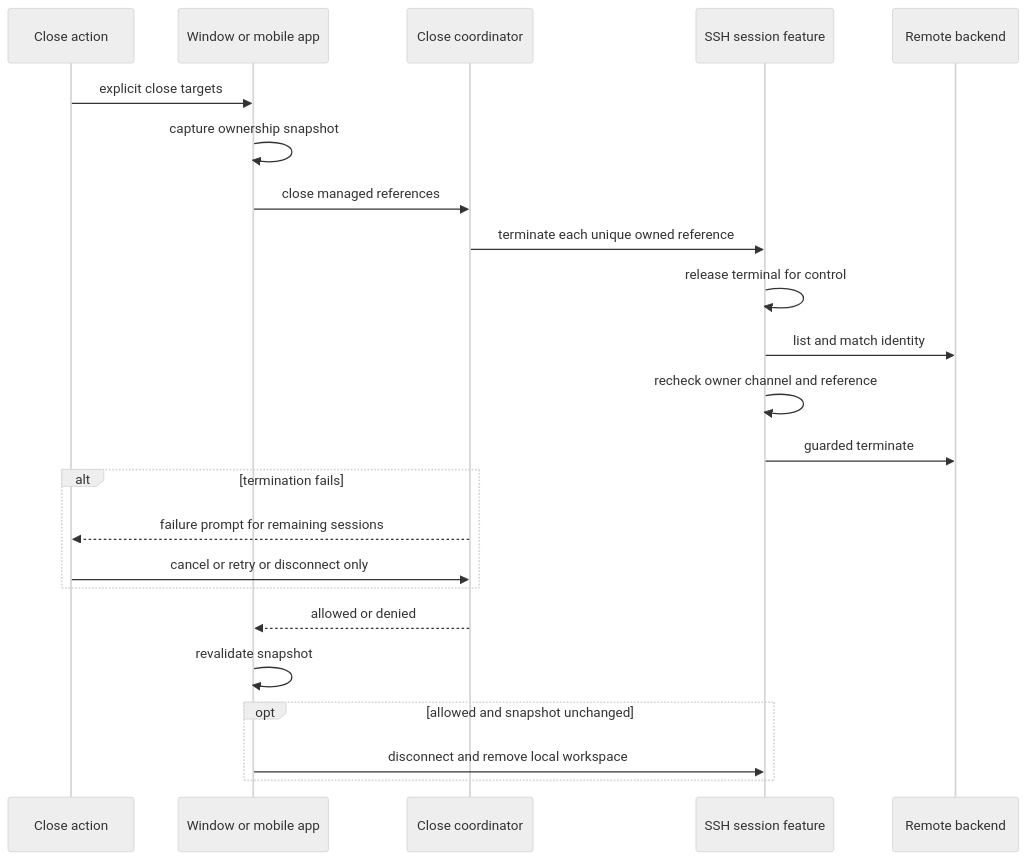
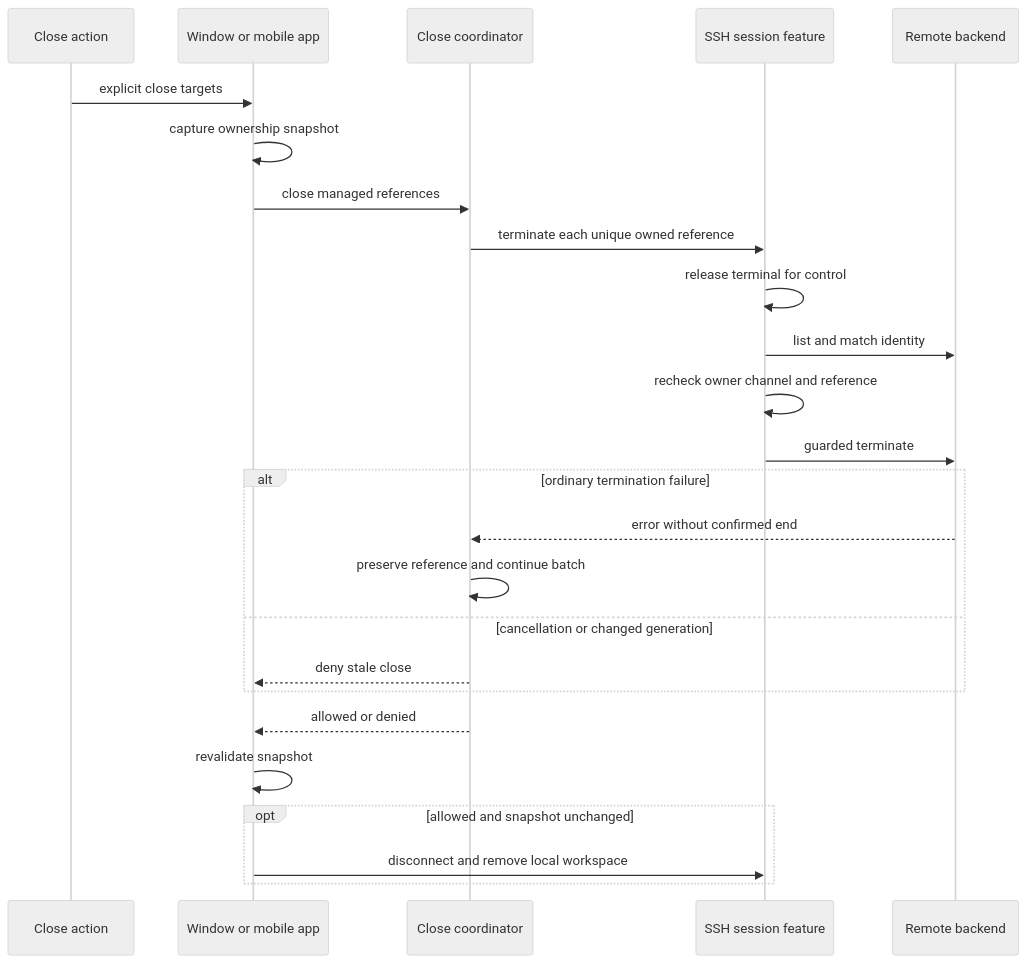
The sixth of 9 diagrams in openwiki/workflows/ssh-session-lifecycle.md (AkinoKaede/Termind), drawn with Mermaid (neutral theme) before and after one commit. The commit also changed other lines of this file and 67 other files, not shown here.

````diff
--- a/openwiki/workflows/ssh-session-lifecycle.md
+++ b/openwiki/workflows/ssh-session-lifecycle.md
@@ -353,25 +377,27 @@
 ```mermaid
 sequenceDiagram
     participant UI as Close action
     participant Owner as Window or mobile app
     participant Close as Close coordinator
     participant Session as SSH session feature
     participant Backend as Remote backend
     UI->>Owner: explicit close targets
     Owner->>Owner: capture ownership snapshot
     Owner->>Close: close managed references
     Close->>Session: terminate each unique owned reference
     Session->>Session: release terminal for control
     Session->>Backend: list and match identity
     Session->>Session: recheck owner channel and reference
     Session->>Backend: guarded terminate
-    alt termination fails
-        Close-->>UI: failure prompt for remaining sessions
-        UI->>Close: cancel or retry or disconnect only
+    alt ordinary termination failure
+        Backend-->>Close: error without confirmed end
+        Close->>Close: preserve reference and continue batch
+    else cancellation or changed generation
+        Close-->>Owner: deny stale close
     end
     Close-->>Owner: allowed or denied
     Owner->>Owner: revalidate snapshot
     opt allowed and snapshot unchanged
         Owner->>Session: disconnect and remove local workspace
     end
 ```
````
